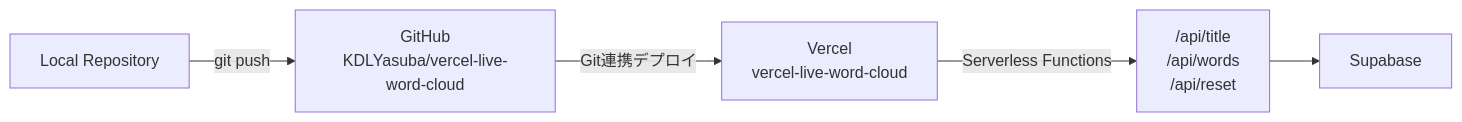
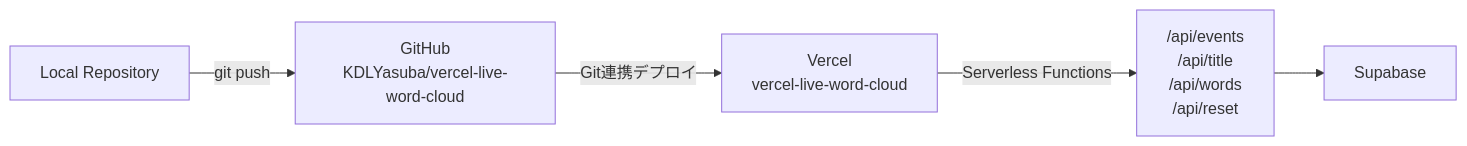
Before and after one commit to KDLYasuba/vercel-live-word-cloud: the sixth of 6 diagrams in SYSTEM_ARCHITECTURE.md, drawn with Mermaid. The commit also changed other lines of this file and 10 other files, not shown here.

Commit message:
Harden public APIs for hosted events

````diff
--- a/SYSTEM_ARCHITECTURE.md
+++ b/SYSTEM_ARCHITECTURE.md
@@ -134,7 +143,7 @@
 ```mermaid
 flowchart LR
   Local["Local Repository"] -->|git push| GitHub["GitHub<br/>KDLYasuba/vercel-live-word-cloud"]
   GitHub -->|Git連携デプロイ| Vercel["Vercel<br/>vercel-live-word-cloud"]
-  Vercel -->|Serverless Functions| APIs["/api/title<br/>/api/words<br/>/api/reset"]
+  Vercel -->|Serverless Functions| APIs["/api/events<br/>/api/title<br/>/api/words<br/>/api/reset"]
   APIs --> Supabase["Supabase"]
 ```
````
